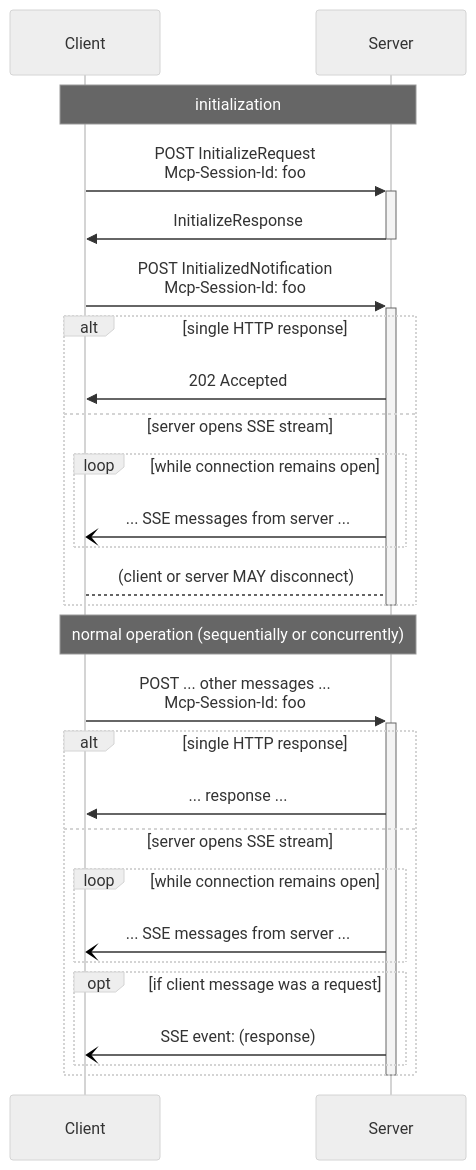
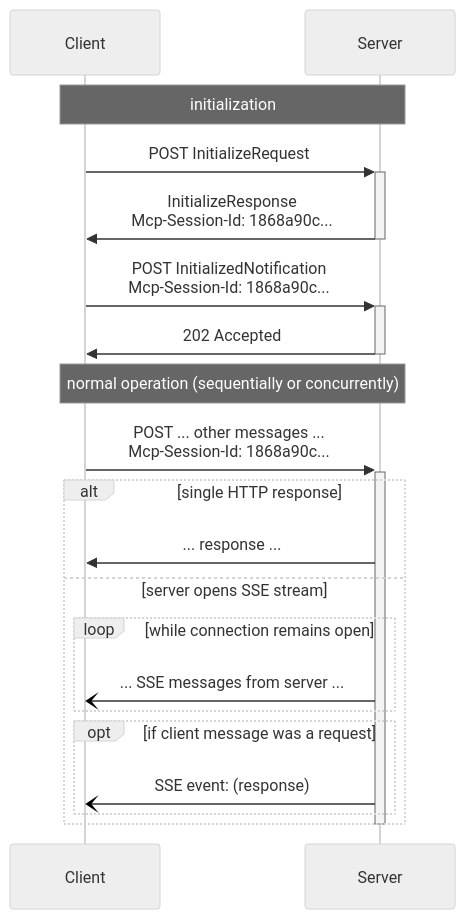
Before and after one commit to zcstarr/modelcontextprotocol: the second of 2 diagrams in docs/specification/draft/basic/transports.md, drawn with Mermaid (neutral theme). The commit also changed other lines of this file and 1 other file, not shown here.

Commit message:
Establish sessions on server, not client

````diff
--- a/docs/specification/draft/basic/transports.md
+++ b/docs/specification/draft/basic/transports.md
@@ -173,40 +174,30 @@
 ```mermaid
 sequenceDiagram
     participant Client
     participant Server
 
     note over Client, Server: initialization
 
-    Client->>+Server: POST InitializeRequest<br>Mcp-Session-Id: foo
-    Server->>Client: InitializeResponse
-    deactivate Server
+    Client->>+Server: POST InitializeRequest
+    Server->>-Client: InitializeResponse<br>Mcp-Session-Id: 1868a90c...
 
-    Client->>+Server: POST InitializedNotification<br>Mcp-Session-Id: foo
-
-    alt single HTTP response
-      Server->>Client: 202 Accepted
-    else server opens SSE stream
-      loop while connection remains open
-          Server-)Client: ... SSE messages from server ...
-      end
-      Client-->Server: (client or server MAY disconnect)
-    end
-    deactivate Server
+    Client->>+Server: POST InitializedNotification<br>Mcp-Session-Id: 1868a90c...
+    Server->>-Client: 202 Accepted
 
     note over Client, Server: normal operation (sequentially or concurrently)
 
-    Client->>+Server: POST ... other messages ...<br>Mcp-Session-Id: foo
+    Client->>+Server: POST ... other messages ...<br>Mcp-Session-Id: 1868a90c...
 
     alt single HTTP response
       Server->>Client: ... response ...
     else server opens SSE stream
       loop while connection remains open
           Server-)Client: ... SSE messages from server ...
       end
       opt if client message was a request
         Server-)Client: SSE event: (response)
       end
     end
 
     deactivate Server
 ```
````
